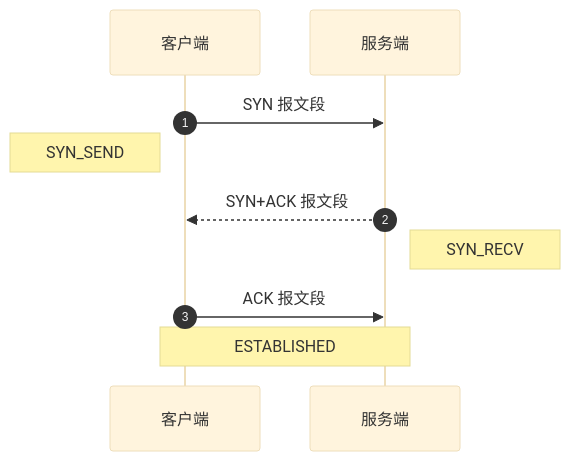
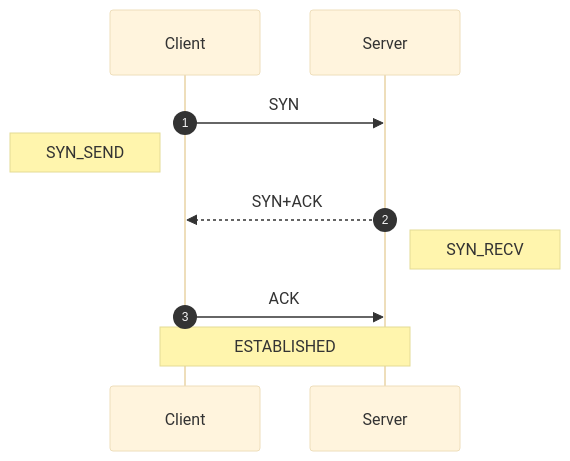
The first of 2 diagrams in docs/-Programing/Browser/网络通信.md (cubxx/blog), drawn with Mermaid (base theme) before and after one commit. The commit also changed other lines of this file and 52 other files, not shown here.

````diff
--- a/docs/-Programing/Browser/网络通信.md
+++ b/docs/-Programing/Browser/网络通信.md
@@ -15,12 +15,12 @@
 ```mermaid
 sequenceDiagram
     autonumber
-    participant a as 客户端
-    participant b as 服务端
-    a->>b: SYN 报文段
+    participant a as Client
+    participant b as Server
+    a->>b: SYN
     Note left of a: SYN_SEND
-    b-->>a: SYN+ACK 报文段
+    b-->>a: SYN+ACK
     Note right of b: SYN_RECV
-    a->>b: ACK 报文段
+    a->>b: ACK
     Note over a,b: ESTABLISHED
 ```
````
